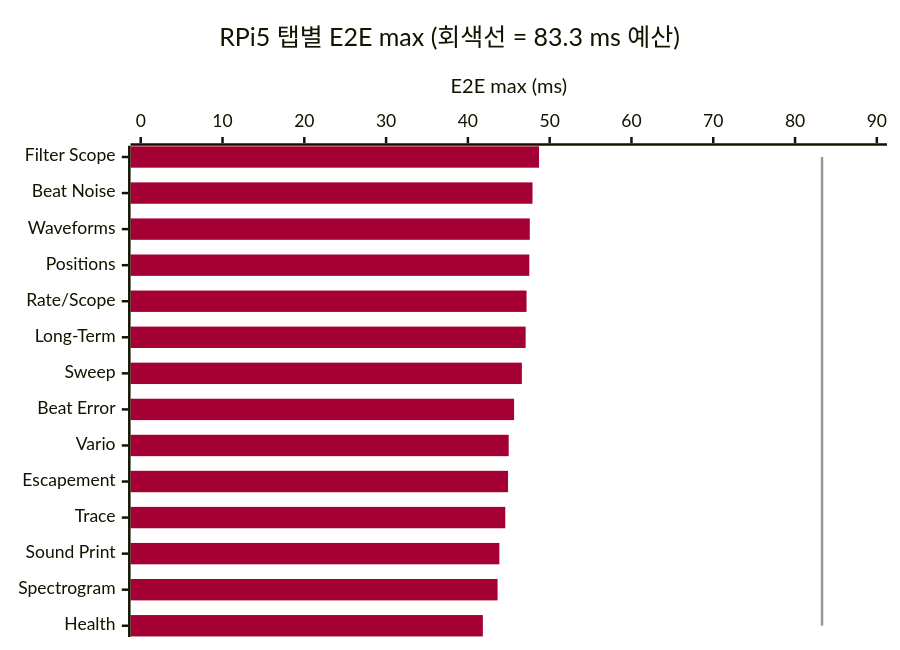
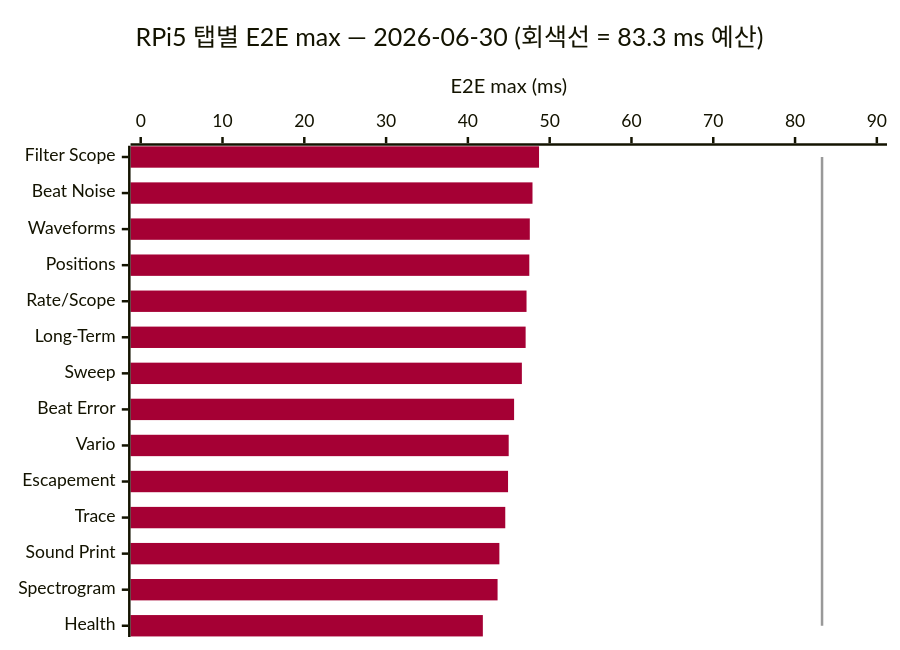
Before and after one commit to lgcmu2026-team5/TimeGrapher-Docs: the fourth of 7 diagrams in Milestone/ko/4-Planned-Experiments.md, drawn with Mermaid. The commit also changed other lines of this file and 1 other file, not shown here.

Commit message:
docs: retain EXP-03 June 21 graph

````diff
--- a/Milestone/ko/4-Planned-Experiments.md
+++ b/Milestone/ko/4-Planned-Experiments.md
@@ -179,9 +192,9 @@
 ```mermaid
 %%{init: {"themeVariables": {"xyChart": {"plotColorPalette": "#A50034, #999999"}}}}%%
 xychart-beta horizontal
-    title "RPi5 탭별 E2E max (회색선 = 83.3 ms 예산)"
+    title "RPi5 탭별 E2E max — 2026-06-30 (회색선 = 83.3 ms 예산)"
     x-axis ["Filter Scope", "Beat Noise", "Waveforms", "Positions", "Rate/Scope", "Long-Term", "Sweep", "Beat Error", "Vario", "Escapement", "Trace", "Sound Print", "Spectrogram", "Health"]
     y-axis "E2E max (ms)" 0 --> 90
     bar [48.70, 47.90, 47.57, 47.51, 47.17, 47.06, 46.60, 45.65, 44.99, 44.91, 44.57, 43.85, 43.63, 41.83]
     line [83.3, 83.3, 83.3, 83.3, 83.3, 83.3, 83.3, 83.3, 83.3, 83.3, 83.3, 83.3, 83.3, 83.3]
 ```
````
